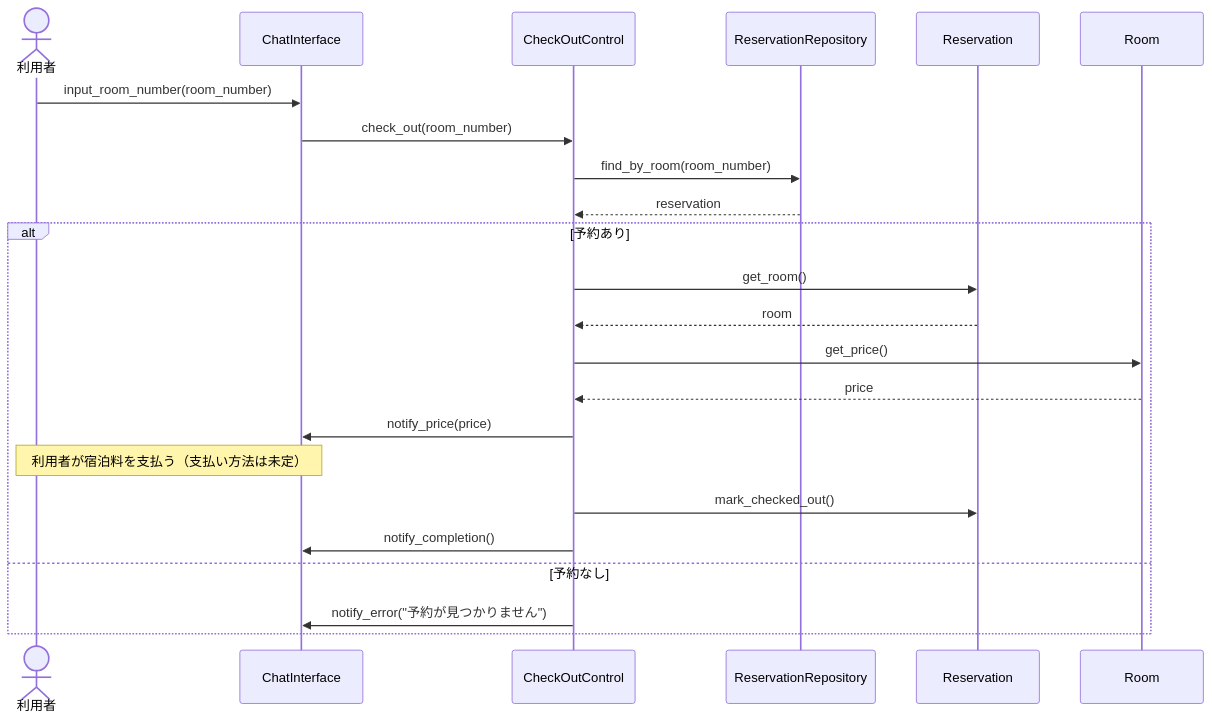
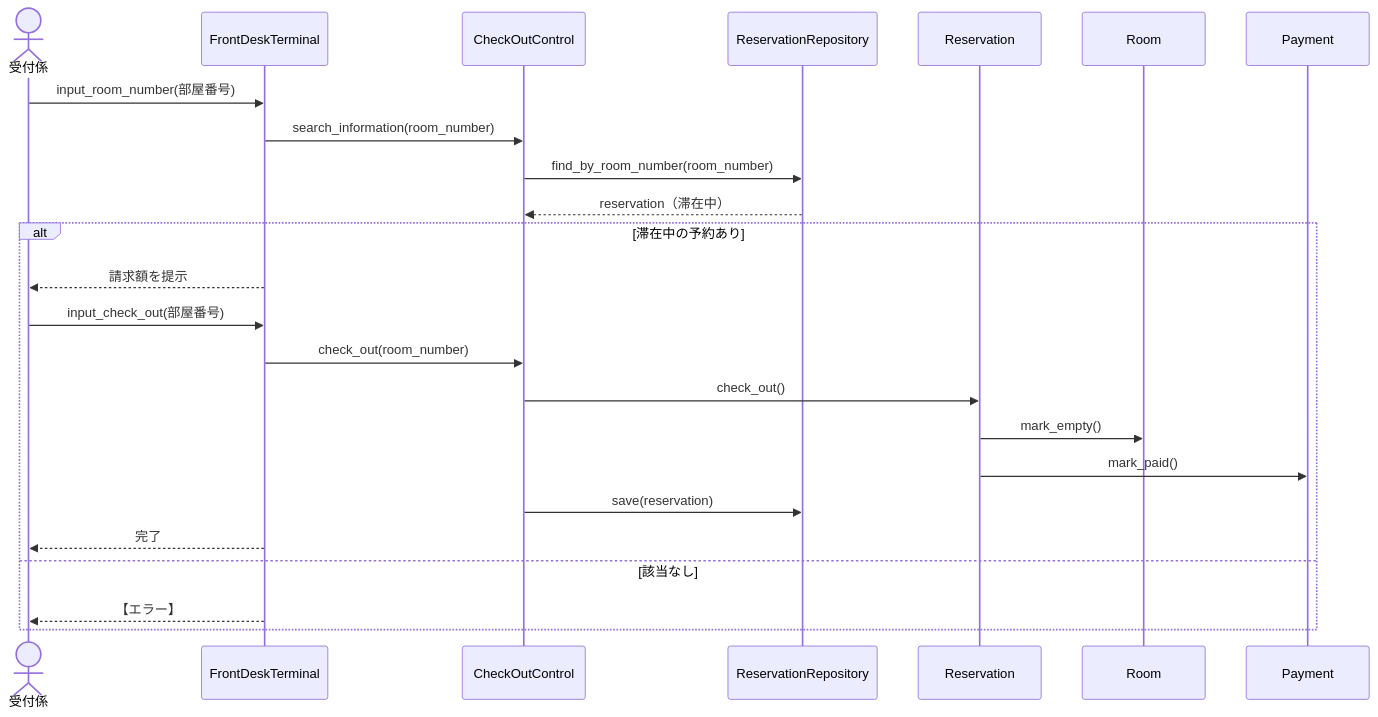
Before and after one commit to Kohki-tyl/HRS: the sixth of 6 diagrams in Design.md, drawn with Mermaid. The commit also changed other lines of this file, not shown here.

````diff
--- a/Design.md
+++ b/Design.md
@@ -332,26 +378,27 @@
 ```mermaid
 sequenceDiagram
-    actor G as 利用者
-    participant CI as ChatInterface
+    actor R as 受付係
+    participant FD as FrontDeskTerminal
     participant OC as CheckOutControl
     participant REPO as ReservationRepository
     participant RV as Reservation
     participant RM as Room
+    participant PM as Payment
 
-    G->>CI: input_room_number(room_number)
-    CI->>OC: check_out(room_number)
-    OC->>REPO: find_by_room(room_number)
-    REPO-->>OC: reservation
-    alt 予約あり
-        OC->>RV: get_room()
-        RV-->>OC: room
-        OC->>RM: get_price()
-        RM-->>OC: price
-        OC->>CI: notify_price(price)
-        Note over G,CI: 利用者が宿泊料を支払う（支払い方法は未定）
-        OC->>RV: mark_checked_out()
-        OC->>CI: notify_completion()
-    else 予約なし
-        OC->>CI: notify_error("予約が見つかりません")
+    R->>FD: input_room_number(部屋番号)
+    FD->>OC: search_information(room_number)
+    OC->>REPO: find_by_room_number(room_number)
+    REPO-->>OC: reservation（滞在中）
+    alt 滞在中の予約あり
+        FD-->>R: 請求額を提示
+        R->>FD: input_check_out(部屋番号)
+        FD->>OC: check_out(room_number)
+        OC->>RV: check_out()
+        RV->>RM: mark_empty()
+        RV->>PM: mark_paid()
+        OC->>REPO: save(reservation)
+        FD-->>R: 完了
+    else 該当なし
+        FD-->>R: 【エラー】
     end
 ```
````
